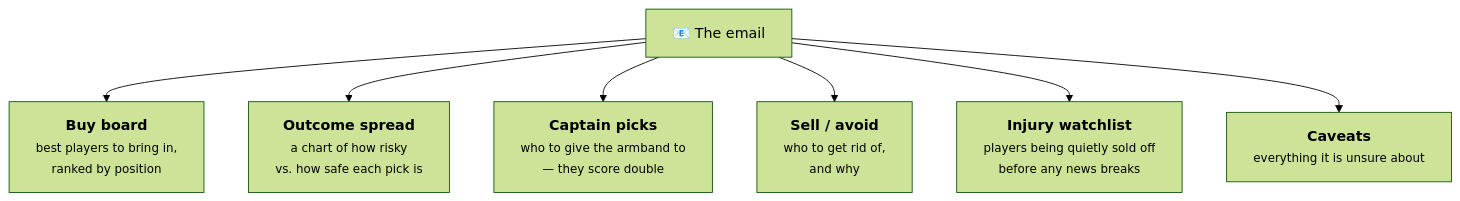
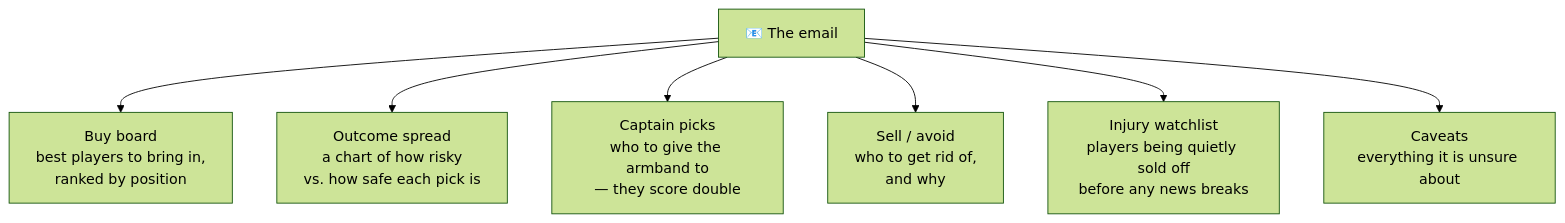
Before and after one commit to MasonGallagher/FplBot: the third of 12 diagrams in docs/DIAGRAMS.md, drawn with Mermaid (forest theme). The commit also changed other lines of this file and 1 other file, not shown here.

First line of the commit message:
docs: fix diagram labels overflowing their shapes, and cover calibration

````diff
--- a/docs/DIAGRAMS.md
+++ b/docs/DIAGRAMS.md
@@ -88,10 +88,10 @@
 ```mermaid
 flowchart TD
     E["📧 The email"]
-    E --> S1["<b>Buy board</b><br/><small>best players to bring in,<br/>ranked by position</small>"]
-    E --> S2["<b>Outcome spread</b><br/><small>a chart of how risky<br/>vs. how safe each pick is</small>"]
-    E --> S3["<b>Captain picks</b><br/><small>who to give the armband to<br/>— they score double</small>"]
-    E --> S4["<b>Sell / avoid</b><br/><small>who to get rid of,<br/>and why</small>"]
-    E --> S5["<b>Injury watchlist</b><br/><small>players being quietly sold off<br/>before any news breaks</small>"]
-    E --> S6["<b>Caveats</b><br/><small>everything it is unsure about</small>"]
+    E --> S1["Buy board<br/>best players to bring in,<br/>ranked by position"]
+    E --> S2["Outcome spread<br/>a chart of how risky<br/>vs. how safe each pick is"]
+    E --> S3["Captain picks<br/>who to give the armband to<br/>— they score double"]
+    E --> S4["Sell / avoid<br/>who to get rid of,<br/>and why"]
+    E --> S5["Injury watchlist<br/>players being quietly sold off<br/>before any news breaks"]
+    E --> S6["Caveats<br/>everything it is unsure about"]
 ```
````
